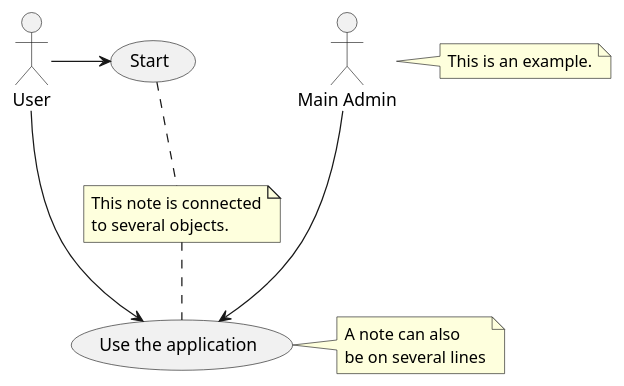
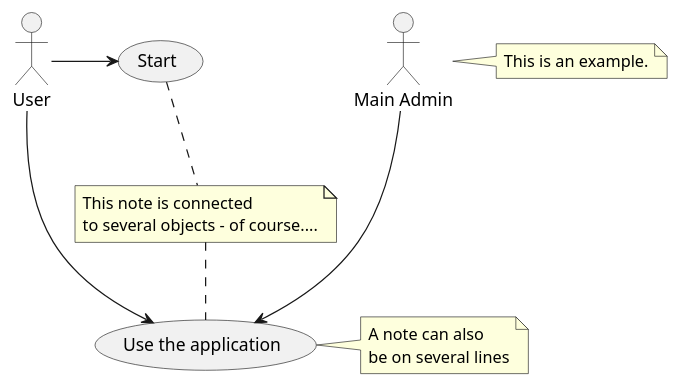
One commit to de-jcup/eclipse-asciidoctor-editor changed the first of 26 diagrams in asciidoctor-editor-other/testscripts/21_diagrams_plantuml_only.adoc. Above: the diagram before and after it, drawn with PlantUML. The commit also changed other lines of this file and 6 other files, not shown here.

```diff
--- a/asciidoctor-editor-other/testscripts/21_diagrams_plantuml_only.adoc
+++ b/asciidoctor-editor-other/testscripts/21_diagrams_plantuml_only.adoc
@@ -6,23 +6,23 @@
 [plantuml, sample-plantuml-diagram-u1, alt="Use case diagram 1"]
 ---- 
 @startuml
 :Main Admin: as Admin
 (Use the application) as (Use)
 
 User -> (Start)
 User --> (Use)
 
 Admin ---> (Use)
 
 note right of Admin : This is an example.
 
 note right of (Use)
   A note can also
   be on several lines
 end note
 
-note "This note is connected\nto several objects." as N2
+note "This note is connected\nto several objects - of course...." as N2
 (Start) .. N2
 N2 .. (Use)
 @enduml
 ---- 
```
